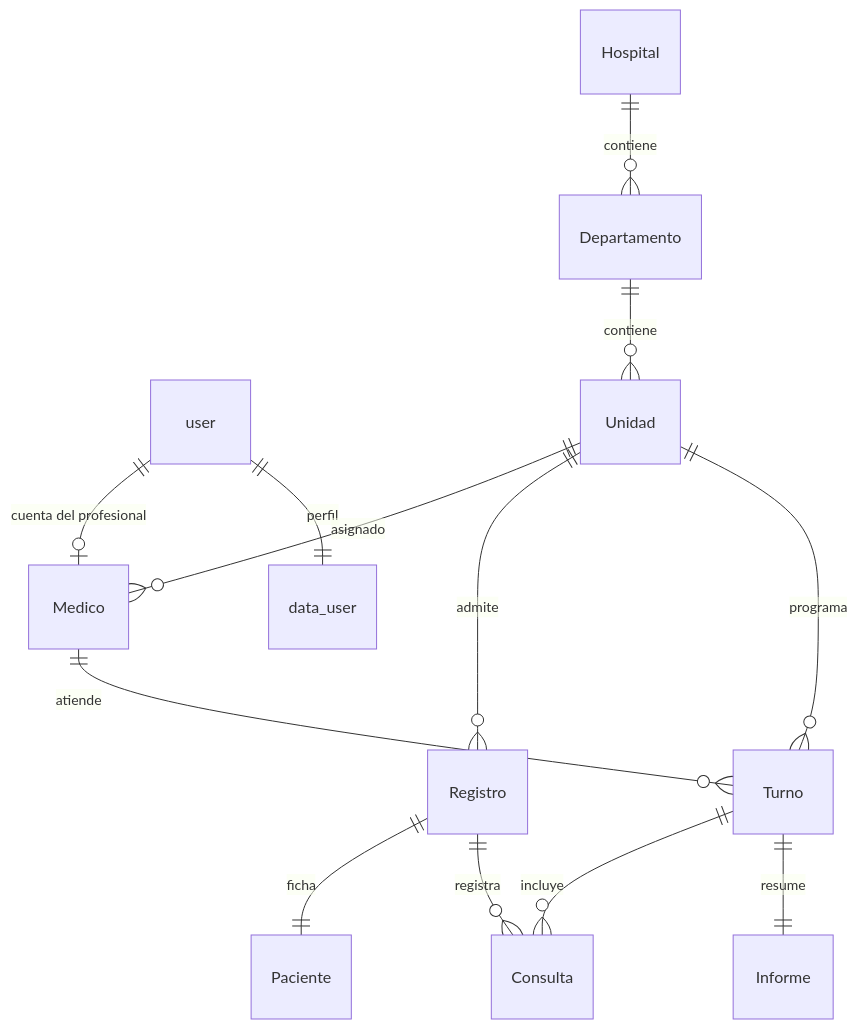
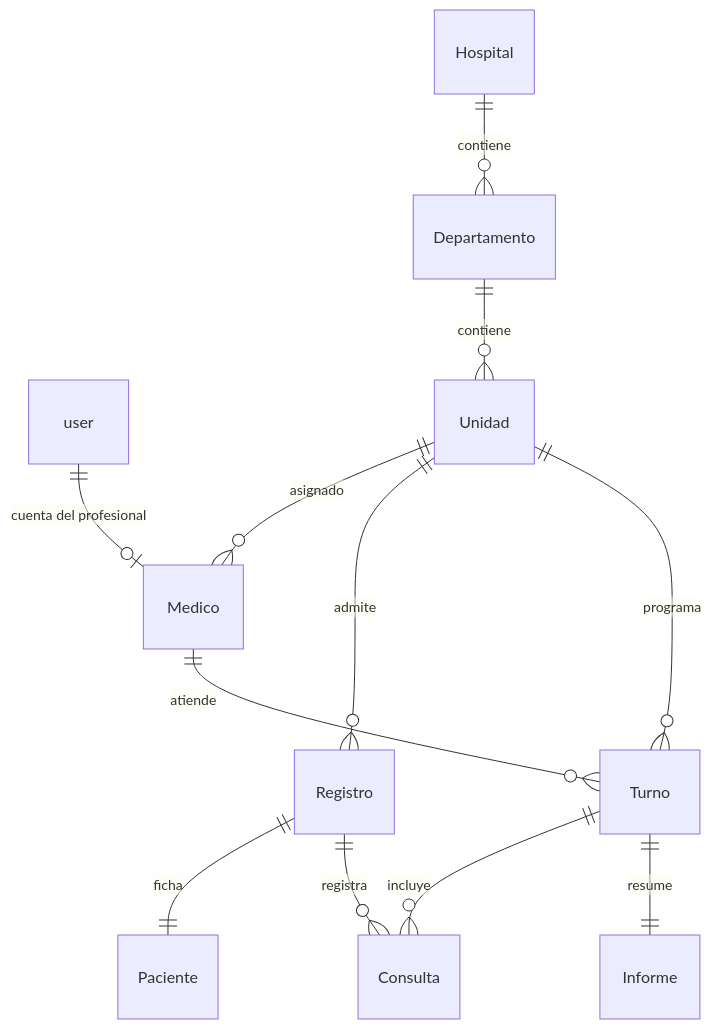
One commit to Joselock/Proyecto-DW changed the diagram in database/README.md. Above: the diagram before and after it, drawn with Mermaid. The commit also changed other lines of this file and 56 other files, not shown here.

````diff
--- a/database/README.md
+++ b/database/README.md
@@ -21,15 +23,14 @@
 ```mermaid
 erDiagram
     user ||--o| Medico : "cuenta del profesional"
-    user ||--|| data_user : "perfil"
     Hospital ||--o{ Departamento : contiene
     Departamento ||--o{ Unidad : contiene
     Unidad ||--o{ Medico : asignado
     Unidad ||--o{ Registro : admite
     Registro ||--|| Paciente : ficha
     Registro ||--o{ Consulta : registra
     Unidad ||--o{ Turno : programa
     Medico ||--o{ Turno : atiende
     Turno ||--o{ Consulta : incluye
     Turno ||--|| Informe : resume
 ```
````
